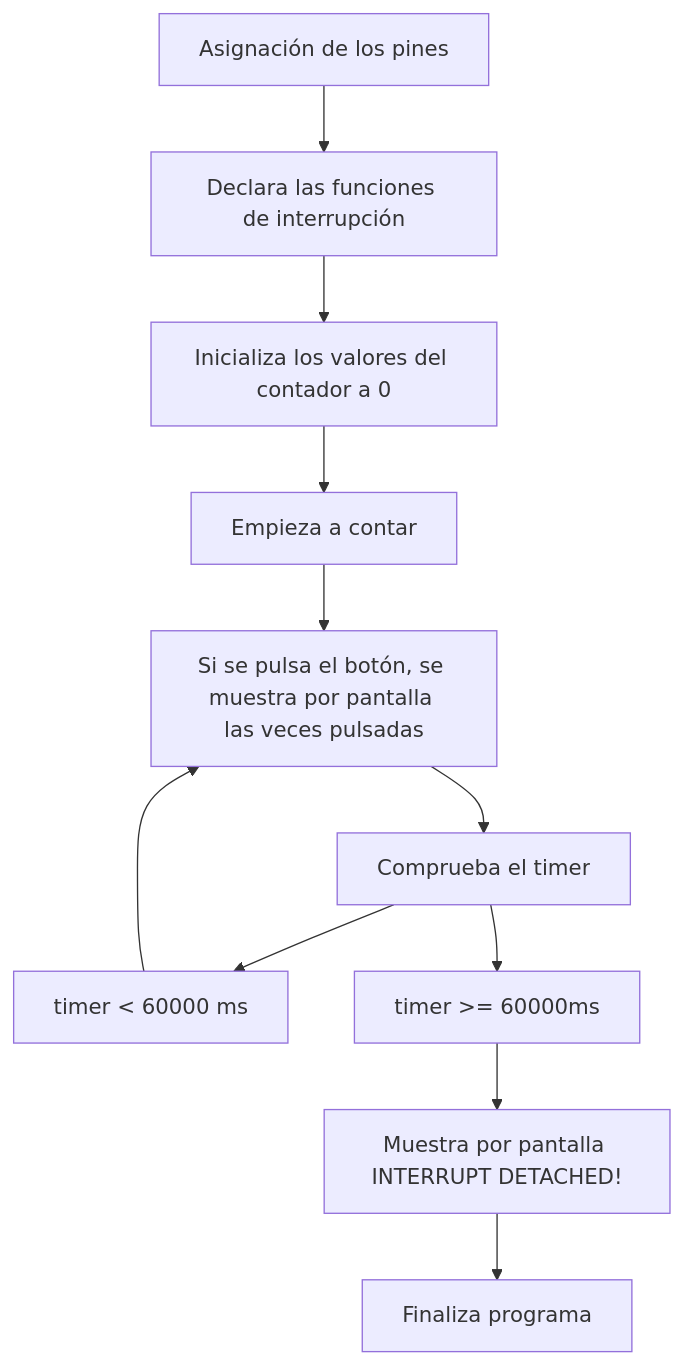
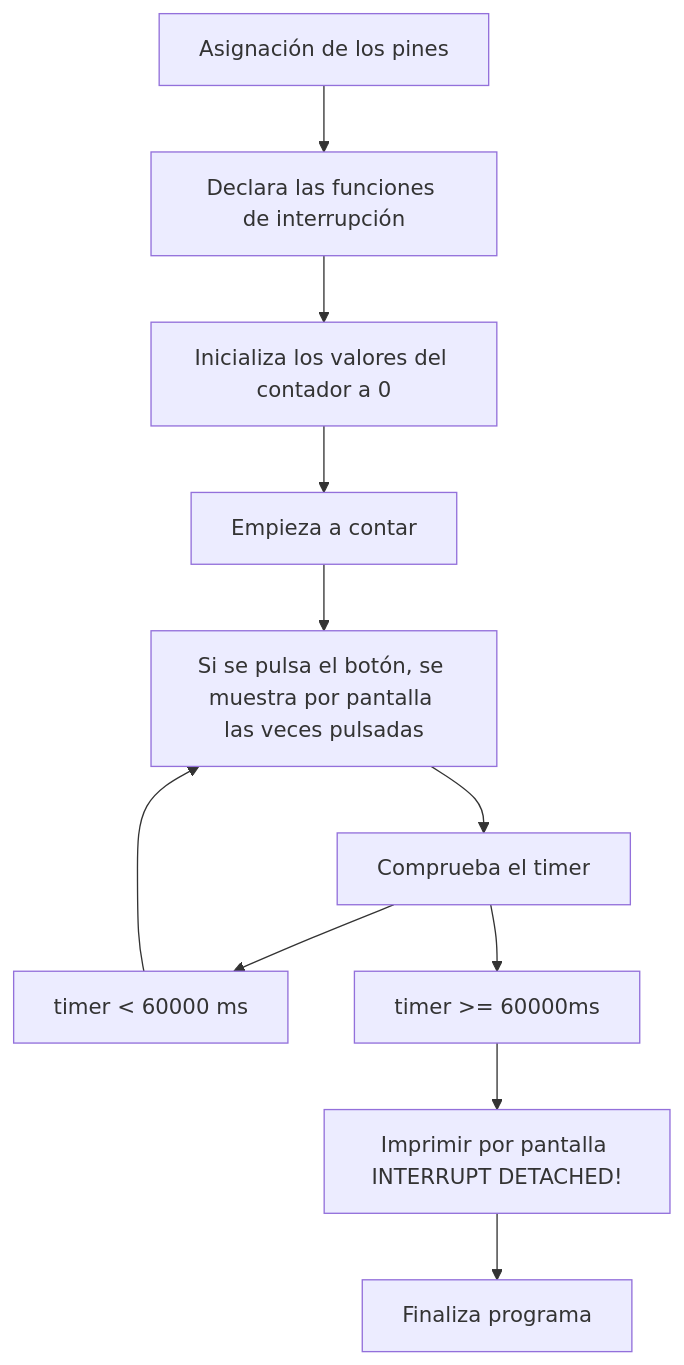
The first of 2 diagrams in informe.md (ona03/PD_P2), drawn with Mermaid before and after one commit. The commit also changed other lines of this file and 2 other files, not shown here.

Commit message:
Actualització informe1

````diff
--- a/informe.md
+++ b/informe.md
@@ -69,15 +69,13 @@
-<div class="mermaid">
+```mermaid
 
 flowchart TD;
     A[Asignación de los pines] -->B[Declara las funciones de interrupción];    
     B-->G[Inicializa los valores del contador a 0];
     G-->H[Empieza a contar];
     H-->I[Si se pulsa el botón, se muestra por pantalla las veces pulsadas];
     I-->J[Comprueba el timer];
     J-->K[timer < 60000 ms]-->I;
     J-->L[timer >= 60000ms];
-    L-->M[Muestra por pantalla INTERRUPT DETACHED!];
+    L-->M[Imprimir por pantalla INTERRUPT DETACHED!];
     M-->N[Finaliza programa];
-    
-    
-  </div>
+```
````
